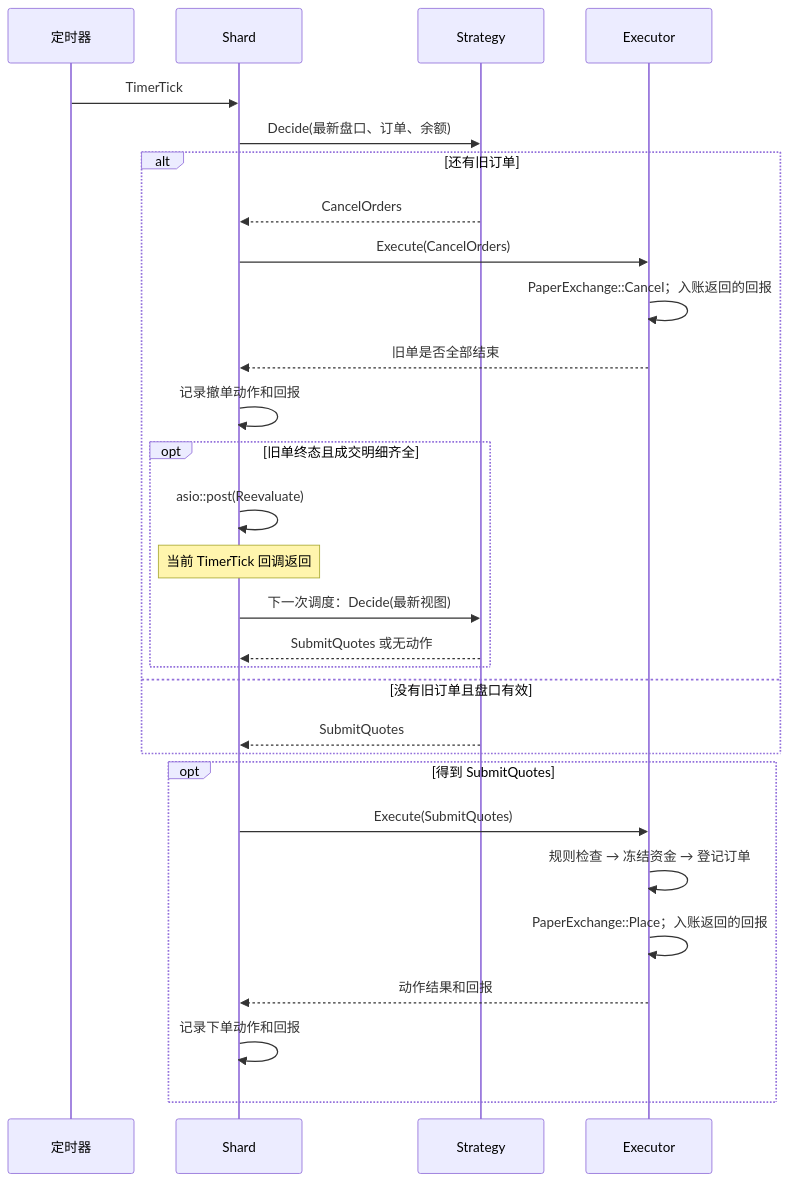
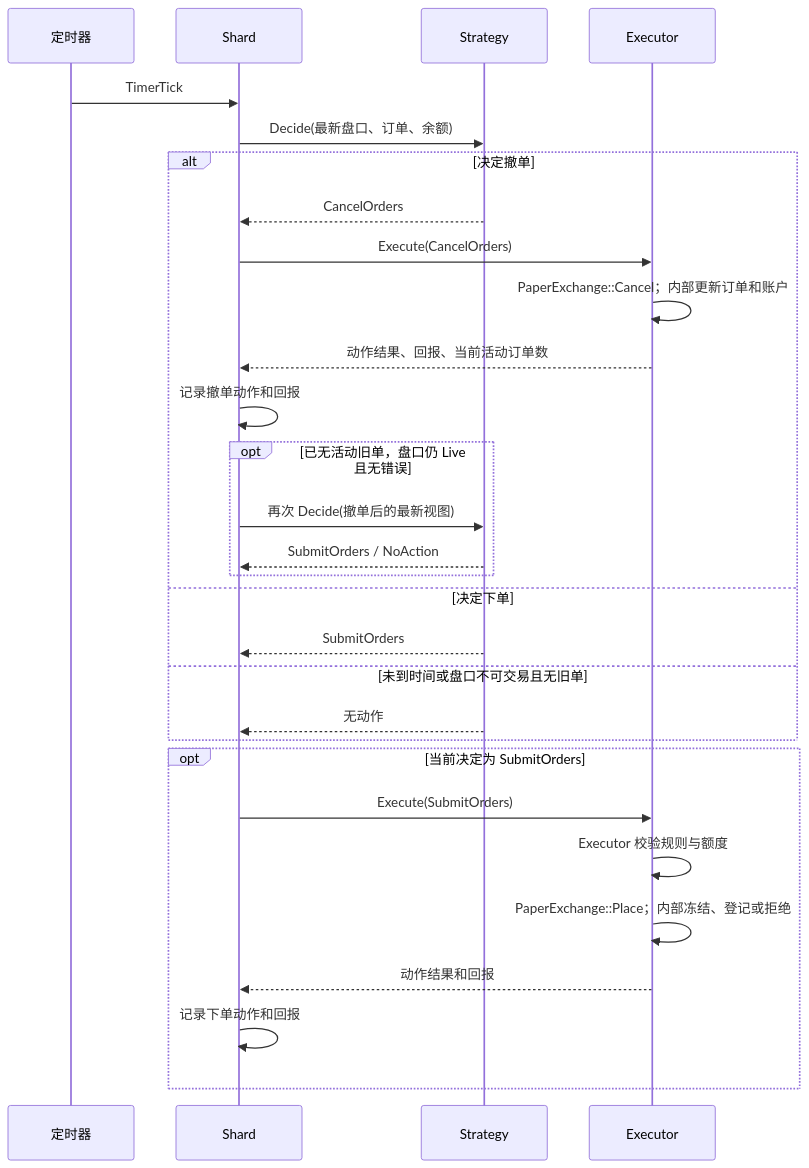
One commit to larrystd/hbot-quant changed the fifth of 7 diagrams in docs/DESIGN.md. Above: the diagram before and after it, drawn with Mermaid. The commit also changed other lines of this file, not shown here.

```diff
--- a/docs/DESIGN.md
+++ b/docs/DESIGN.md
@@ -257,31 +357,31 @@
 ~~~mermaid
 sequenceDiagram
     participant T as 定时器
     participant S as Shard
     participant P as Strategy
     participant E as Executor
     T->>S: TimerTick
     S->>P: Decide(最新盘口、订单、余额)
-    alt 还有旧订单
+    alt 决定撤单
         P-->>S: CancelOrders
         S->>E: Execute(CancelOrders)
-        E->>E: PaperExchange::Cancel；入账返回的回报
-        E-->>S: 旧单是否全部结束
+        E->>E: PaperExchange::Cancel；内部更新订单和账户
+        E-->>S: 动作结果、回报、当前活动订单数
         S->>S: 记录撤单动作和回报
-        opt 旧单终态且成交明细齐全
-            S->>S: asio::post(Reevaluate)
-            Note over S: 当前 TimerTick 回调返回
-            S->>P: 下一次调度：Decide(最新视图)
-            P-->>S: SubmitQuotes 或无动作
+        opt 已无活动旧单，盘口仍 Live 且无错误
+            S->>P: 再次 Decide(撤单后的最新视图)
+            P-->>S: SubmitOrders / NoAction
         end
-    else 没有旧订单且盘口有效
-        P-->>S: SubmitQuotes
+    else 决定下单
+        P-->>S: SubmitOrders
+    else 未到时间或盘口不可交易且无旧单
+        P-->>S: 无动作
     end
-    opt 得到 SubmitQuotes
-        S->>E: Execute(SubmitQuotes)
-        E->>E: 规则检查 → 冻结资金 → 登记订单
-        E->>E: PaperExchange::Place；入账返回的回报
+    opt 当前决定为 SubmitOrders
+        S->>E: Execute(SubmitOrders)
+        E->>E: Executor 校验规则与额度
+        E->>E: PaperExchange::Place；内部冻结、登记或拒绝
         E-->>S: 动作结果和回报
         S->>S: 记录下单动作和回报
     end
 ~~~
```
